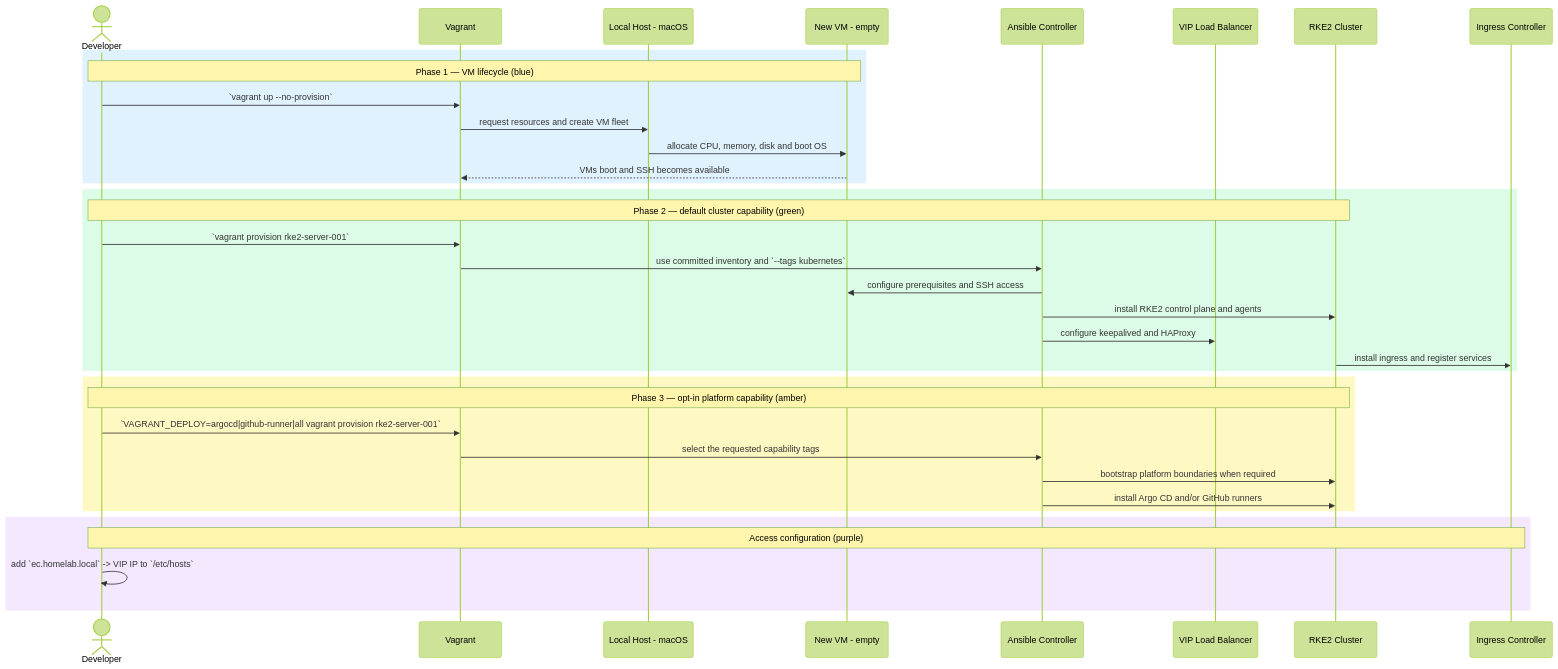
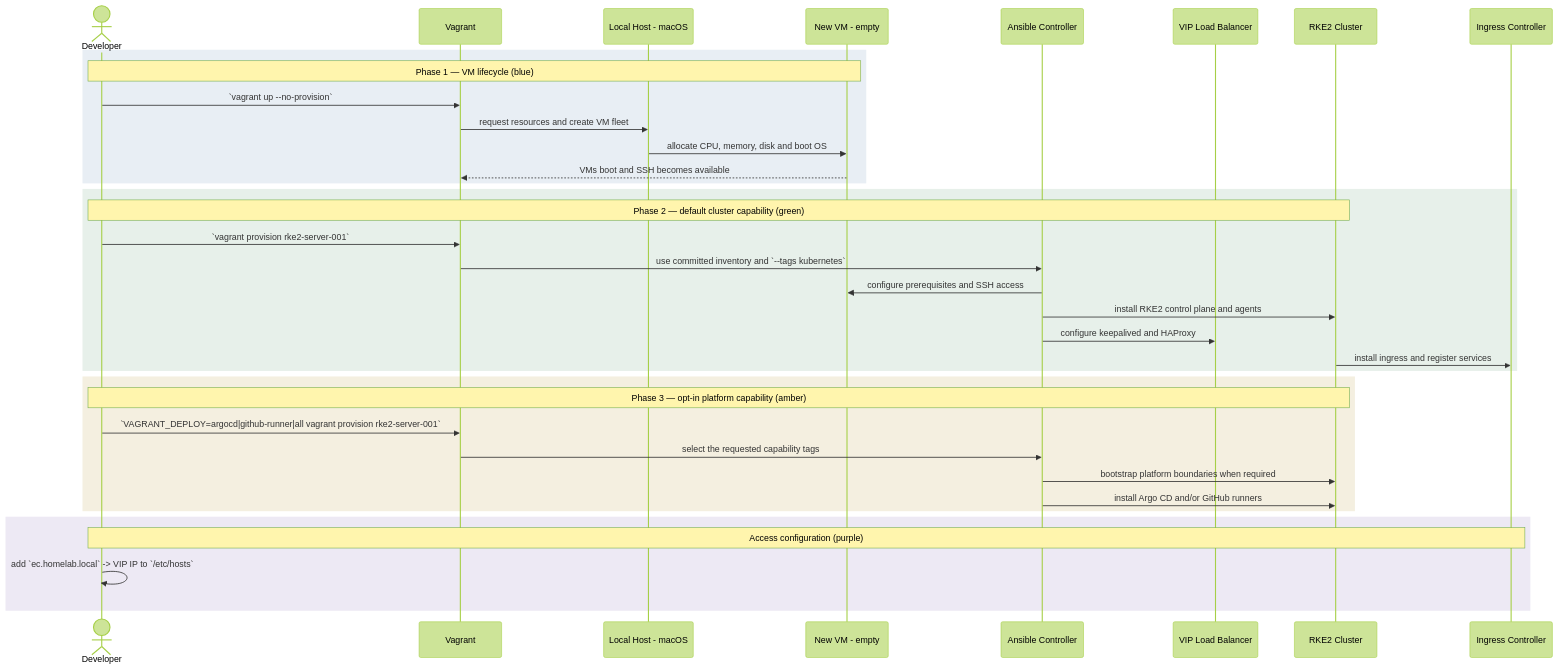
Before and after one commit to devops-framework/iac-vagrant-k8s-cluster-local: the second of 2 diagrams in README.md, drawn with Mermaid (forest theme).

Commit message:
docs: soften README sequence colors

````diff
--- a/README.md
+++ b/README.md
@@ -92,42 +92,42 @@
 ```mermaid
 sequenceDiagram
   actor Dev as Developer
   participant Vagrant as Vagrant
   participant Host as Local Host - macOS
   participant VM as New VM - empty
   participant Ansible as Ansible Controller
   participant VIP as VIP Load Balancer
   participant Cluster as RKE2 Cluster
   participant Ingress as Ingress Controller
 
-  rect rgb(224, 242, 254)
+  rect rgb(232, 238, 244)
     Note over Dev,VM: Phase 1 — VM lifecycle (blue)
     Dev->>Vagrant: `vagrant up --no-provision`
     Vagrant->>Host: request resources and create VM fleet
     Host->>VM: allocate CPU, memory, disk and boot OS
     VM-->>Vagrant: VMs boot and SSH becomes available
   end
 
-  rect rgb(220, 252, 231)
+  rect rgb(231, 240, 234)
     Note over Dev,Cluster: Phase 2 — default cluster capability (green)
     Dev->>Vagrant: `vagrant provision rke2-server-001`
     Vagrant->>Ansible: use committed inventory and `--tags kubernetes`
     Ansible->>VM: configure prerequisites and SSH access
     Ansible->>Cluster: install RKE2 control plane and agents
     Ansible->>VIP: configure keepalived and HAProxy
     Cluster->>Ingress: install ingress and register services
   end
 
-  rect rgb(254, 249, 195)
+  rect rgb(244, 239, 224)
     Note over Dev,Cluster: Phase 3 — opt-in platform capability (amber)
     Dev->>Vagrant: `VAGRANT_DEPLOY=argocd|github-runner|all vagrant provision rke2-server-001`
     Vagrant->>Ansible: select the requested capability tags
     Ansible->>Cluster: bootstrap platform boundaries when required
     Ansible->>Cluster: install Argo CD and/or GitHub runners
   end
 
-  rect rgb(243, 232, 255)
+  rect rgb(237, 233, 244)
     Note over Dev,Ingress: Access configuration (purple)
     Dev->>Dev: add `ec.homelab.local` -> VIP IP to `/etc/hosts`
   end
 ```
````
